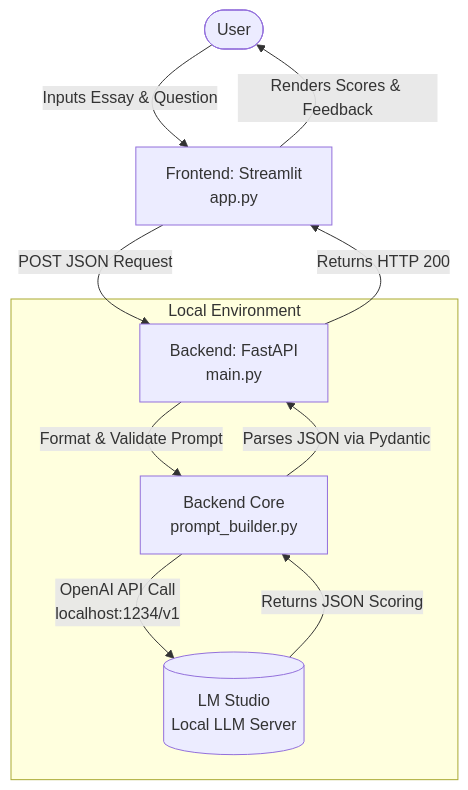
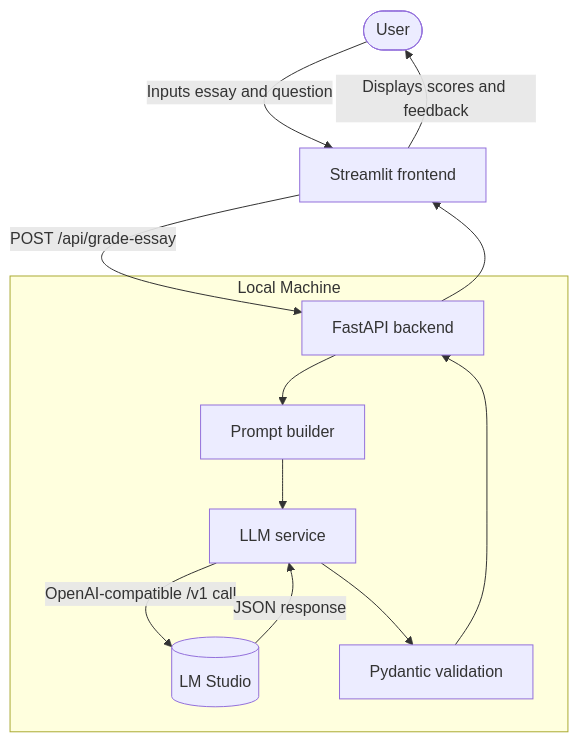
Before and after one commit to vuhung16au/essay-markings: the diagram in docs/architecture.md, drawn with Mermaid. The commit also changed other lines of this file and 11 other files, not shown here.

````diff
--- a/docs/architecture.md
+++ b/docs/architecture.md
@@ -15,15 +16,17 @@
 ```mermaid
 graph TD
-    User([User]) -->|Inputs Essay & Question| UI[Frontend: Streamlit\napp.py]
-    UI -->|POST JSON Request| API[Backend: FastAPI\nmain.py]
+    User([User]) -->|Inputs essay and question| UI[Streamlit frontend]
+    UI -->|POST /api/grade-essay| API[FastAPI backend]
 
-    subgraph Local Environment
-        API -->|Format & Validate Prompt| Core[Backend Core\nprompt_builder.py]
-        Core -->|OpenAI API Call\nlocalhost:1234/v1| LLM[(LM Studio\nLocal LLM Server)]
-        LLM -->|Returns JSON Scoring| Core
+    subgraph Local Machine
+        API --> Prompt[Prompt builder]
+        Prompt --> LLMService[LLM service]
+        LLMService -->|OpenAI-compatible /v1 call| LMStudio[(LM Studio)]
+        LMStudio -->|JSON response| LLMService
+        LLMService --> Validate[Pydantic validation]
     end
 
-    Core -->|Parses JSON via Pydantic| API
-    API -->|Returns HTTP 200| UI
-    UI -->|Renders Scores & Feedback| User
+    Validate --> API
+    API --> UI
+    UI -->|Displays scores and feedback| User
 ```
````
